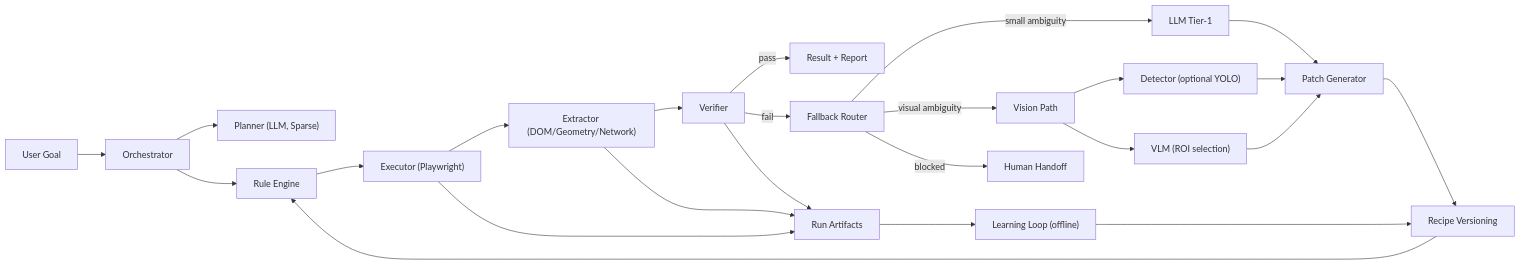
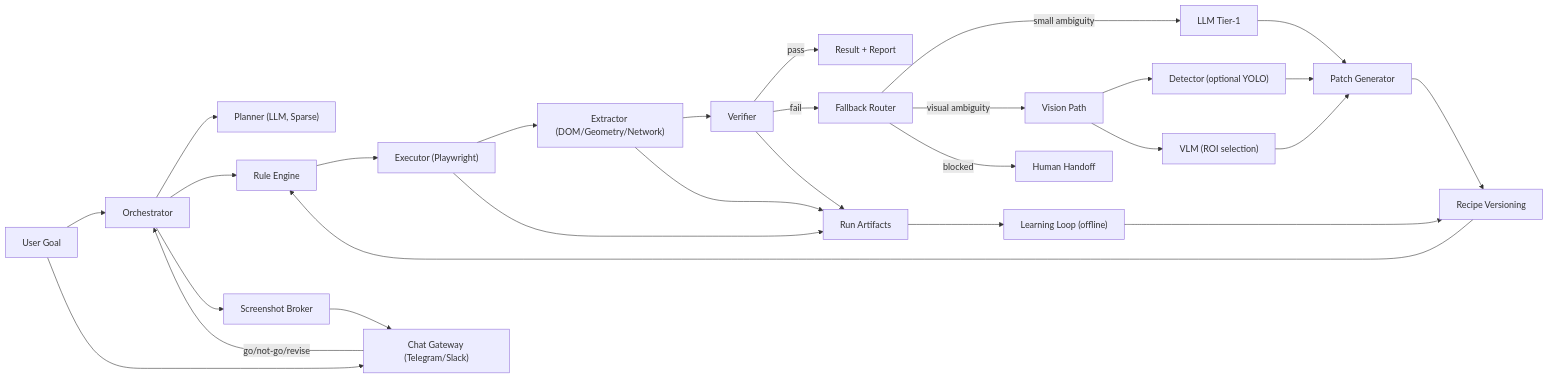
Before and after one commit to jedikim/web-testing: the second of 6 diagrams in doc/PRD-v0.1.md, drawn with Mermaid. The commit also changed other lines of this file and 22 other files, not shown here.

Commit message:
feat: pivot to screenshot-first chat automation workflow

````diff
--- a/doc/PRD-v0.1.md
+++ b/doc/PRD-v0.1.md
@@ -128,30 +131,34 @@
 ```mermaid
 flowchart LR
     U["User Goal"] --> O["Orchestrator"]
+    U --> CH["Chat Gateway (Telegram/Slack)"]
     O --> P["Planner (LLM, Sparse)"]
     O --> R["Rule Engine"]
     R --> X["Executor (Playwright)"]
     X --> E["Extractor (DOM/Geometry/Network)"]
     E --> V["Verifier"]
     V -->|pass| OUT["Result + Report"]
     V -->|fail| F["Fallback Router"]
 
     F -->|small ambiguity| L1["LLM Tier-1"]
     F -->|visual ambiguity| VIS["Vision Path"]
     F -->|blocked| H["Human Handoff"]
 
     VIS --> Y["Detector (optional YOLO)"]
     VIS --> VL["VLM (ROI selection)"]
     L1 --> PATCH["Patch Generator"]
     VL --> PATCH
     Y --> PATCH
 
     PATCH --> VER["Recipe Versioning"]
     VER --> R
 
     X --> LOG["Run Artifacts"]
     E --> LOG
     V --> LOG
+    O --> SS["Screenshot Broker"]
+    SS --> CH
+    CH -->|go/not-go/revise| O
     LOG --> LEARN["Learning Loop (offline)"]
     LEARN --> VER
 ```
````
